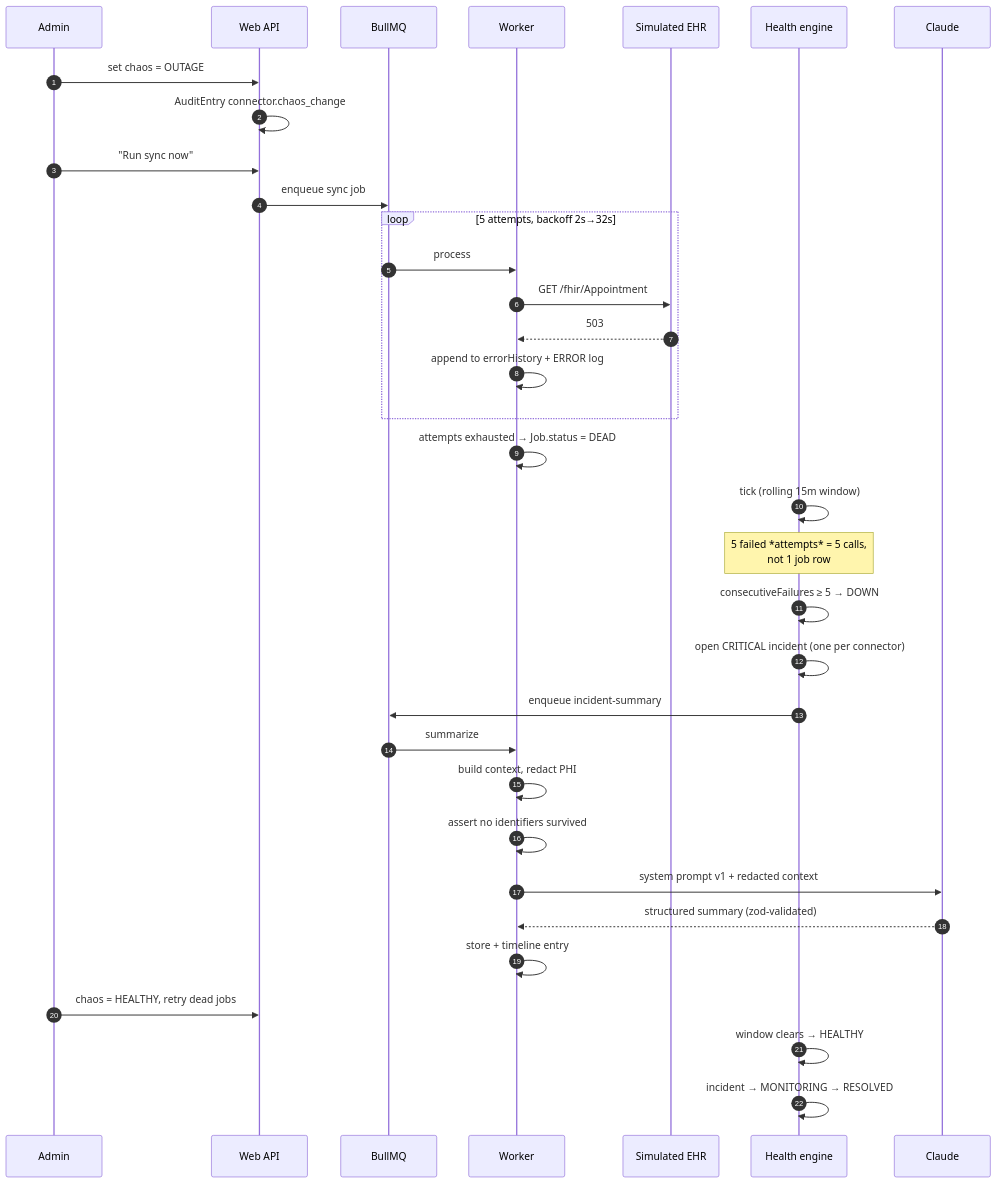
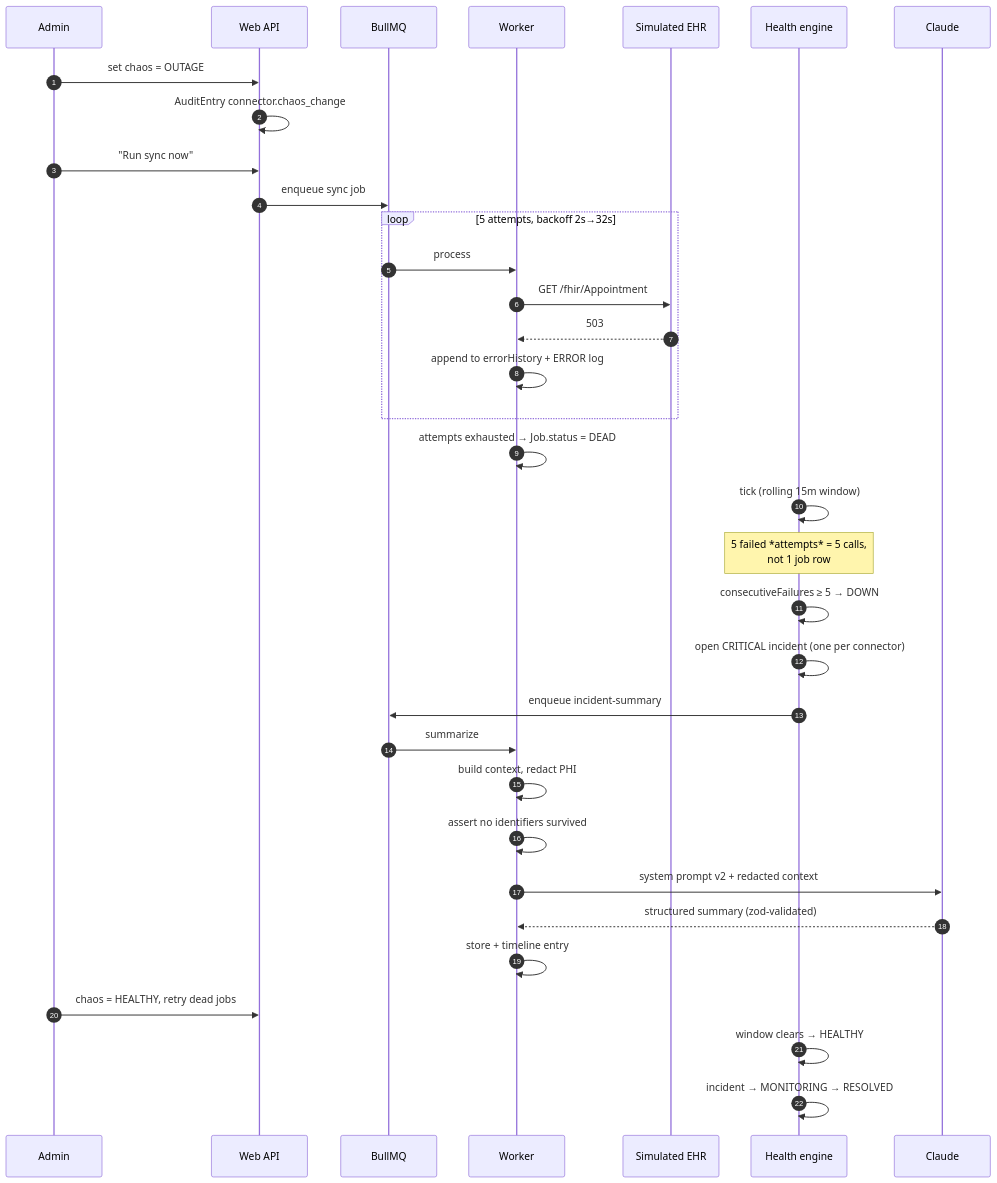
Before and after one commit to BMcCarthy96/pulse: the second of 3 diagrams in README.md, drawn with Mermaid. The commit also changed other lines of this file and 95 other files, not shown here.

````diff
--- a/README.md
+++ b/README.md
@@ -144,41 +144,41 @@
 ```mermaid
 sequenceDiagram
   autonumber
   participant Admin
   participant API as Web API
   participant Q as BullMQ
   participant W as Worker
   participant S as Simulated EHR
   participant H as Health engine
   participant C as Claude
 
   Admin->>API: set chaos = OUTAGE
   API->>API: AuditEntry connector.chaos_change
   Admin->>API: "Run sync now"
   API->>Q: enqueue sync job
 
   loop 5 attempts, backoff 2s→32s
     Q->>W: process
     W->>S: GET /fhir/Appointment
     S-->>W: 503
     W->>W: append to errorHistory + ERROR log
   end
   W->>W: attempts exhausted → Job.status = DEAD
 
   H->>H: tick (rolling 15m window)
   Note over H: 5 failed *attempts* = 5 calls,<br/>not 1 job row
   H->>H: consecutiveFailures ≥ 5 → DOWN
   H->>H: open CRITICAL incident (one per connector)
   H->>Q: enqueue incident-summary
 
   Q->>W: summarize
   W->>W: build context, redact PHI
   W->>W: assert no identifiers survived
-  W->>C: system prompt v1 + redacted context
+  W->>C: system prompt v2 + redacted context
   C-->>W: structured summary (zod-validated)
   W->>W: store + timeline entry
 
   Admin->>API: chaos = HEALTHY, retry dead jobs
   H->>H: window clears → HEALTHY
   H->>H: incident → MONITORING → RESOLVED
 ```
````
